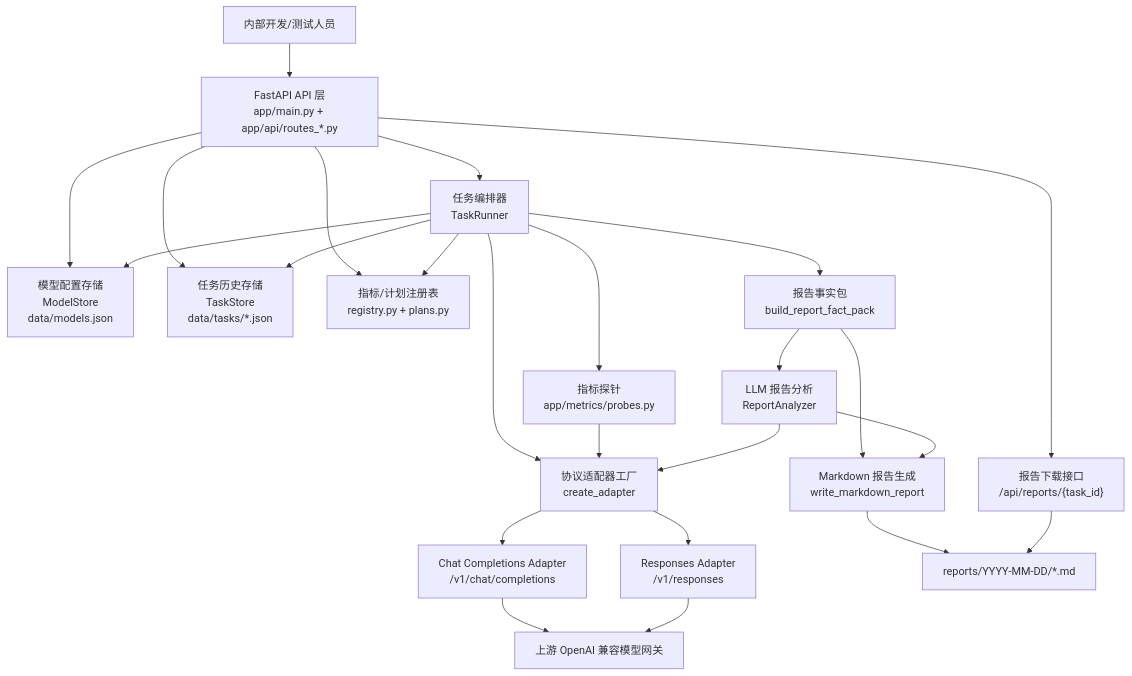
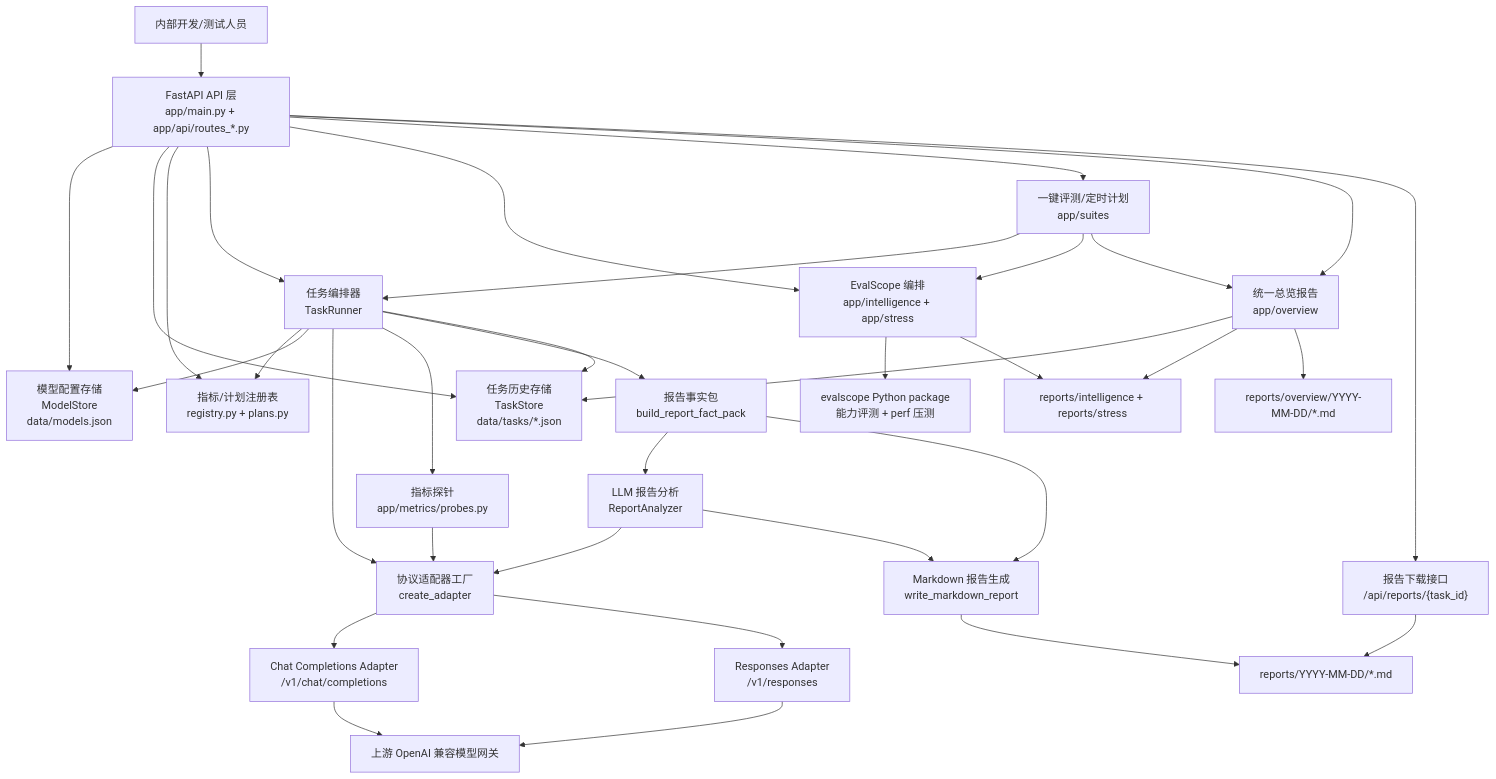
One commit to youzi211/LLM_Benchmark changed the first of 5 diagrams in docs/architecture.md. Above: the diagram before and after it, drawn with Mermaid. The commit also changed other lines of this file and 66 other files, not shown here.

````diff
--- a/docs/architecture.md
+++ b/docs/architecture.md
@@ -46,33 +49,47 @@
 ```mermaid
 flowchart TB
     User["内部开发/测试人员"] --> API["FastAPI API 层\napp/main.py + app/api/routes_*.py"]
 
     API --> ModelStore["模型配置存储\nModelStore\ndata/models.json"]
     API --> TaskStore["任务历史存储\nTaskStore\ndata/tasks/*.json"]
     API --> Registry["指标/计划注册表\nregistry.py + plans.py"]
     API --> Runner["任务编排器\nTaskRunner"]
 
     Runner --> Registry
     Runner --> ModelStore
     Runner --> AdapterFactory["协议适配器工厂\ncreate_adapter"]
     AdapterFactory --> ChatAdapter["Chat Completions Adapter\n/v1/chat/completions"]
     AdapterFactory --> ResponsesAdapter["Responses Adapter\n/v1/responses"]
 
     ChatAdapter --> Upstream["上游 OpenAI 兼容模型网关"]
     ResponsesAdapter --> Upstream
 
     Runner --> Probes["指标探针\napp/metrics/probes.py"]
     Probes --> AdapterFactory
 
     Runner --> Facts["报告事实包\nbuild_report_fact_pack"]
     Facts --> Analyzer["LLM 报告分析\nReportAnalyzer"]
     Analyzer --> AdapterFactory
 
     Facts --> Markdown["Markdown 报告生成\nwrite_markdown_report"]
     Analyzer --> Markdown
     Markdown --> ReportFiles["reports/YYYY-MM-DD/*.md"]
     Runner --> TaskStore
 
+    API --> IntelStress["EvalScope 编排\napp/intelligence + app/stress"]
+    IntelStress --> EvalScope["evalscope Python package\n能力评测 + perf 压测"]
+    IntelStress --> EvalReports["reports/intelligence + reports/stress"]
+
+    API --> Suite["一键评测/定时计划\napp/suites"]
+    Suite --> Runner
+    Suite --> IntelStress
+    Suite --> Overview
+
+    API --> Overview["统一总览报告\napp/overview"]
+    Overview --> TaskStore
+    Overview --> EvalReports
+    Overview --> OverviewFiles["reports/overview/YYYY-MM-DD/*.md"]
+
     API --> ReportAPI["报告下载接口\n/api/reports/{task_id}"]
     ReportAPI --> ReportFiles
 ```
````
